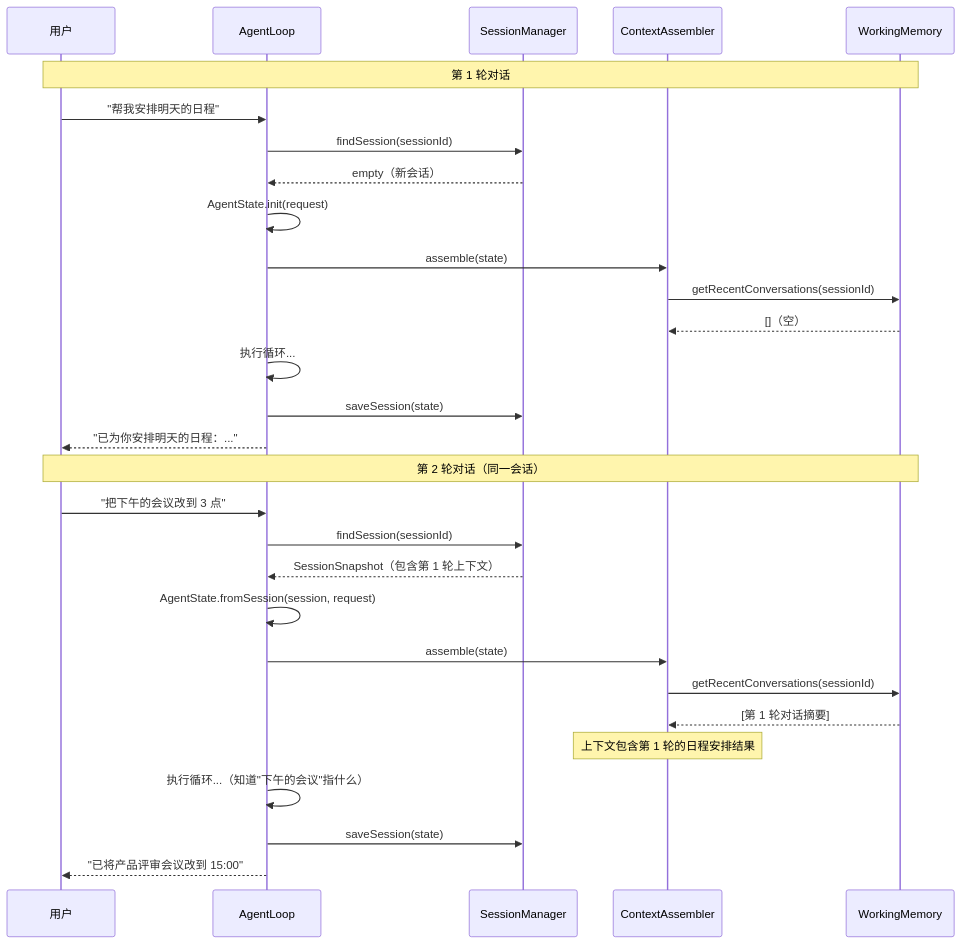
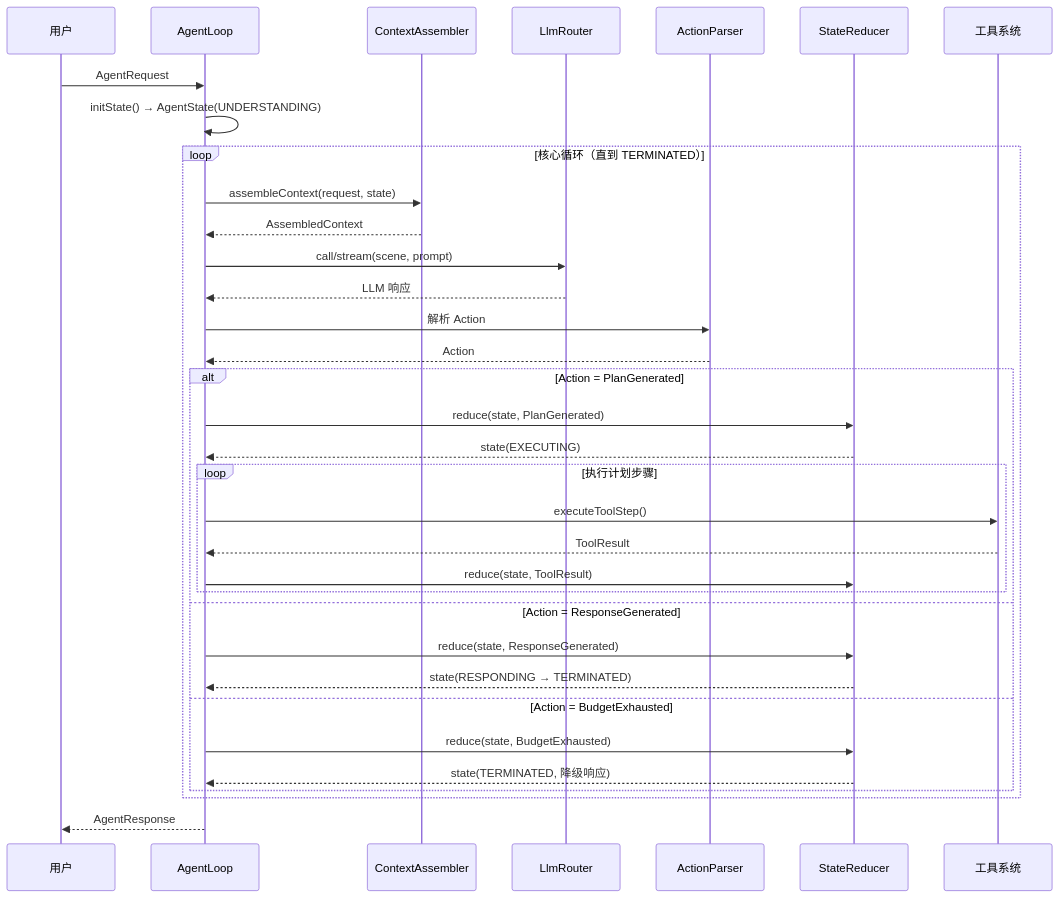
Before and after one commit to ntygod/LifePilot: the second of 2 diagrams in docs/architecture/agent-engine.md, drawn with Mermaid. The commit also changed other lines of this file and 1 other file, not shown here.

Commit message:
docs(agent): 重写 agent-engine 架构文档和特性文档

````diff
--- a/docs/architecture/agent-engine.md
+++ b/docs/architecture/agent-engine.md
@@ -1138,33 +85,37 @@
 ```mermaid
 sequenceDiagram
     participant U as 用户
-    participant AL as AgentLoop
-    participant SM as SessionManager
-    participant CA as ContextAssembler
-    participant WM as WorkingMemory
+    participant L as AgentLoop
+    participant C as ContextAssembler
+    participant LLM as LlmRouter
+    participant P as ActionParser
+    participant R as StateReducer
+    participant T as 工具系统
 
-    Note over U,WM: 第 1 轮对话
-    U->>AL: "帮我安排明天的日程"
-    AL->>SM: findSession(sessionId)
-    SM-->>AL: empty（新会话）
-    AL->>AL: AgentState.init(request)
-    AL->>CA: assemble(state)
-    CA->>WM: getRecentConversations(sessionId)
-    WM-->>CA: []（空）
-    AL->>AL: 执行循环...
-    AL->>SM: saveSession(state)
-    AL-->>U: "已为你安排明天的日程：..."
-
-    Note over U,WM: 第 2 轮对话（同一会话）
-    U->>AL: "把下午的会议改到 3 点"
-    AL->>SM: findSession(sessionId)
-    SM-->>AL: SessionSnapshot（包含第 1 轮上下文）
-    AL->>AL: AgentState.fromSession(session, request)
-    AL->>CA: assemble(state)
-    CA->>WM: getRecentConversations(sessionId)
-    WM-->>CA: [第 1 轮对话摘要]
-    Note over CA: 上下文包含第 1 轮的日程安排结果
-    AL->>AL: 执行循环...（知道"下午的会议"指什么）
-    AL->>SM: saveSession(state)
-    AL-->>U: "已将产品评审会议改到 15:00"
+    U->>L: AgentRequest
+    L->>L: initState() → AgentState(UNDERSTANDING)
+    loop 核心循环（直到 TERMINATED）
+        L->>C: assembleContext(request, state)
+        C-->>L: AssembledContext
+        L->>LLM: call/stream(scene, prompt)
+        LLM-->>L: LLM 响应
+        L->>P: 解析 Action
+        P-->>L: Action
+        alt Action = PlanGenerated
+            L->>R: reduce(state, PlanGenerated)
+            R-->>L: state(EXECUTING)
+            loop 执行计划步骤
+                L->>T: executeToolStep()
+                T-->>L: ToolResult
+                L->>R: reduce(state, ToolResult)
+            end
+        else Action = ResponseGenerated
+            L->>R: reduce(state, ResponseGenerated)
+            R-->>L: state(RESPONDING → TERMINATED)
+        else Action = BudgetExhausted
+            L->>R: reduce(state, BudgetExhausted)
+            R-->>L: state(TERMINATED, 降级响应)
+        end
+    end
+    L-->>U: AgentResponse
 ```
````
